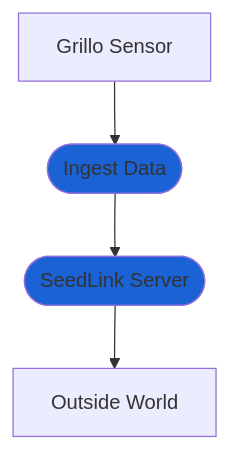
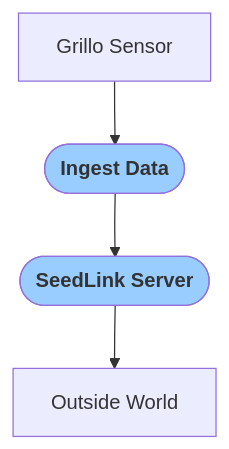
The diagram in docs/how-to/redirect_data.md (grillo/grillo-docs), drawn with Mermaid before and after one commit. The commit also changed 38 other files, not shown here.

````diff
--- a/docs/how-to/redirect_data.md
+++ b/docs/how-to/redirect_data.md
@@ -9,6 +9,6 @@
 ```mermaid
 flowchart TB
-   A[Grillo Sensor] --> C([Ingest Data]) --> D([SeedLink Server]) --> E[Outside World]
-   style C fill:#1b62d4
-   style D fill:#1b62d4
+   A[Grillo Sensor] --> C([<font color=333333><b>Ingest Data</b>]) --> D([<font color=333333><b>SeedLink Server</b>]) --> E[Outside World]
+   style C fill:#99CCFF
+   style D fill:#99CCFF
 ```
````
